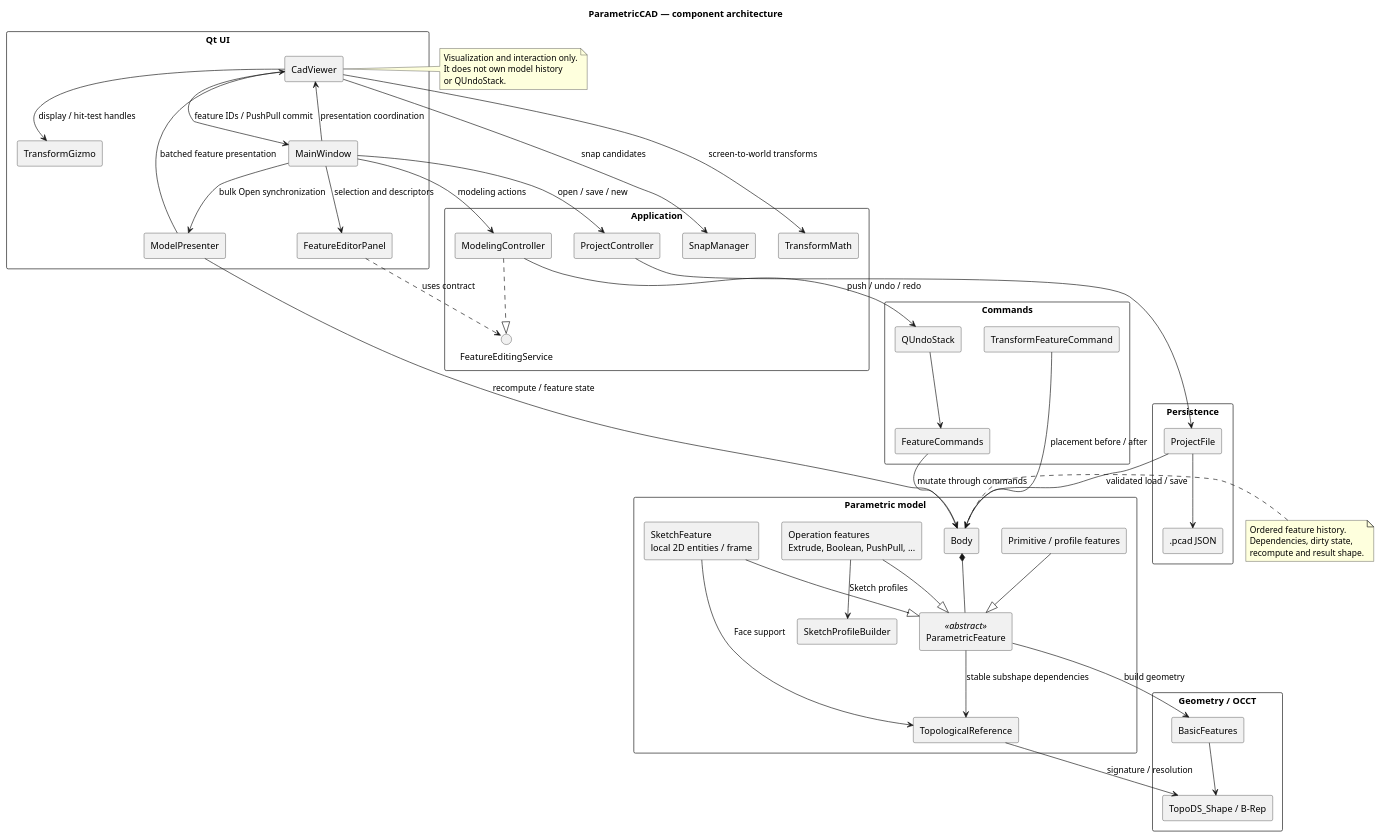
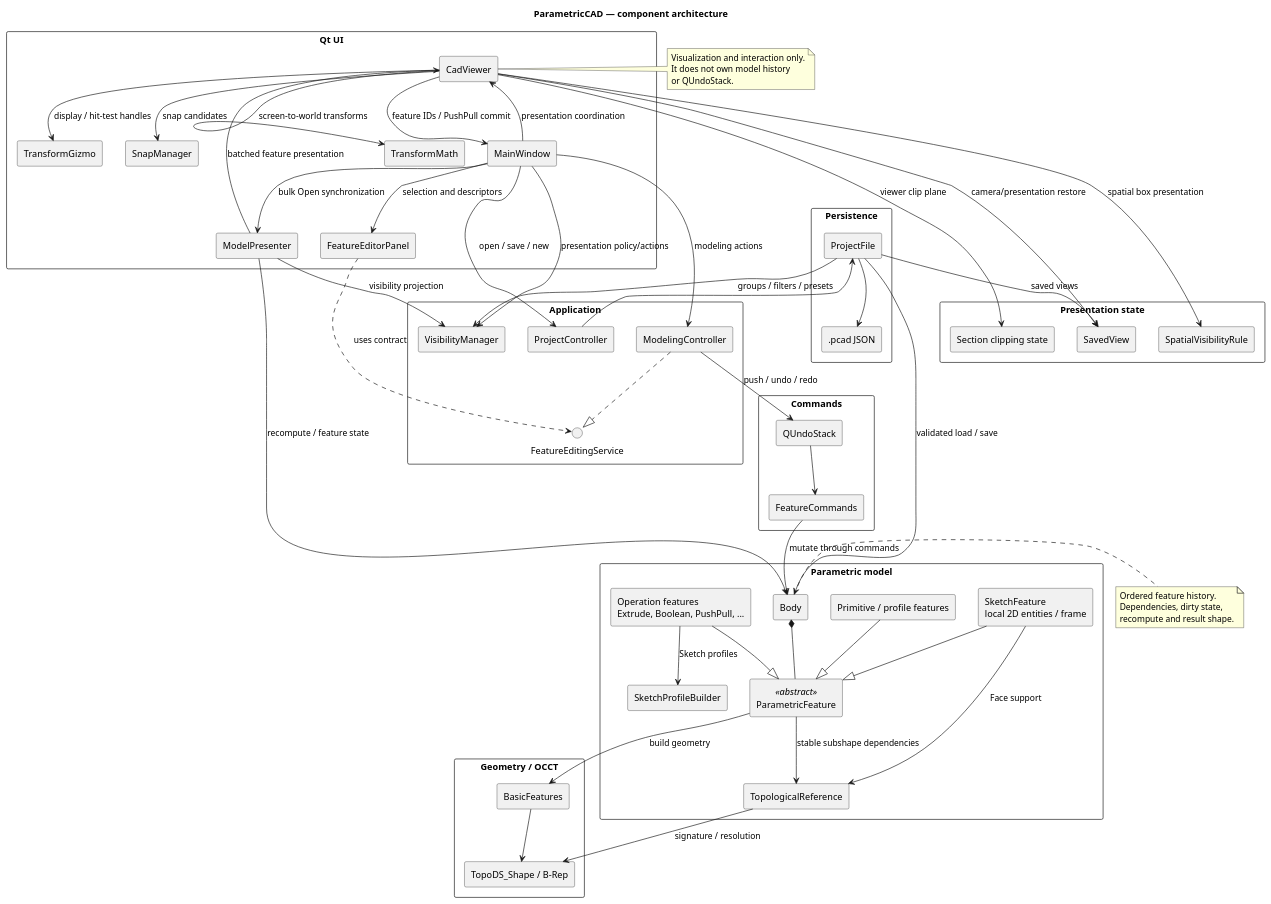
The diagram in docs/diagrams/architecture-overview.puml (coltrack-dev/ParametricCAD), drawn with PlantUML before and after one commit. The commit also changed 7 other files, not shown here.

```diff
--- a/docs/diagrams/architecture-overview.puml
+++ b/docs/diagrams/architecture-overview.puml
@@ -1,99 +1,111 @@
 @startuml
 title ParametricCAD — component architecture
 
 skinparam componentStyle rectangle
 skinparam packageStyle rectangle
 skinparam shadowing false
 
 package "Qt UI" {
     component MainWindow
     component FeatureEditorPanel
     component CadViewer
     component ModelPresenter
     component TransformGizmo
+    component SnapManager
+    component TransformMath
 }
 
 package "Application" {
     component ModelingController
     component ProjectController
-    component SnapManager
-    component TransformMath
+    component VisibilityManager
     interface FeatureEditingService
 }
 
 package "Commands" {
     component QUndoStack
     component FeatureCommands
-    component TransformFeatureCommand
 }
 
 package "Parametric model" {
     component Body
     component ParametricFeature <<abstract>>
     component TopologicalReference
     component "SketchFeature\nlocal 2D entities / frame" as SketchFeature
     component "Primitive / profile features" as PrimitiveFeatures
     component "Operation features\nExtrude, Boolean, PushPull, ..." as OperationFeatures
     component SketchProfileBuilder
 }
 
 package "Geometry / OCCT" {
     component BasicFeatures
     component "TopoDS_Shape / B-Rep" as BRep
 }
 
 package "Persistence" {
     component ProjectFile
     component ".pcad JSON" as Pcad
 }
 
+package "Presentation state" {
+    component SavedView
+    component SpatialVisibilityRule
+    component "Section clipping state" as SectionState
+}
+
 MainWindow --> ModelingController : modeling actions
 MainWindow --> ProjectController : open / save / new
 MainWindow --> FeatureEditorPanel : selection and descriptors
 MainWindow --> CadViewer : presentation coordination
 MainWindow --> ModelPresenter : bulk Open synchronization
+MainWindow --> VisibilityManager : presentation policy/actions
 ModelPresenter --> CadViewer : batched feature presentation
 ModelPresenter --> Body : recompute / feature state
+ModelPresenter --> VisibilityManager : visibility projection
 
 FeatureEditorPanel ..> FeatureEditingService : uses contract
 ModelingController ..|> FeatureEditingService
 
 CadViewer --> MainWindow : feature IDs / PushPull commit
 CadViewer --> TransformGizmo : display / hit-test handles
+CadViewer --> SnapManager : snap candidates
 CadViewer --> TransformMath : screen-to-world transforms
-CadViewer --> SnapManager : snap candidates
+CadViewer --> SavedView : camera/presentation restore
+CadViewer --> SpatialVisibilityRule : spatial box presentation
+CadViewer --> SectionState : viewer clip plane
 
 ModelingController --> QUndoStack : push / undo / redo
 QUndoStack --> FeatureCommands
 FeatureCommands --> Body : mutate through commands
-TransformFeatureCommand --> Body : placement before / after
 
 Body *-- ParametricFeature
 PrimitiveFeatures --|> ParametricFeature
 OperationFeatures --|> ParametricFeature
 OperationFeatures --> SketchProfileBuilder : Sketch profiles
 SketchFeature --|> ParametricFeature
 SketchFeature --> TopologicalReference : Face support
 
 ParametricFeature --> BasicFeatures : build geometry
 ParametricFeature --> TopologicalReference : stable subshape dependencies
 TopologicalReference --> BRep : signature / resolution
 BasicFeatures --> BRep
 
 ProjectController --> ProjectFile
 ProjectFile --> Body : validated load / save
+ProjectFile --> VisibilityManager : groups / filters / presets
+ProjectFile --> SavedView : saved views
 ProjectFile --> Pcad
 
 note right of CadViewer
   Visualization and interaction only.
   It does not own model history
   or QUndoStack.
 end note
 
 note right of Body
   Ordered feature history.
   Dependencies, dirty state,
   recompute and result shape.
 end note
 
 @enduml
```
